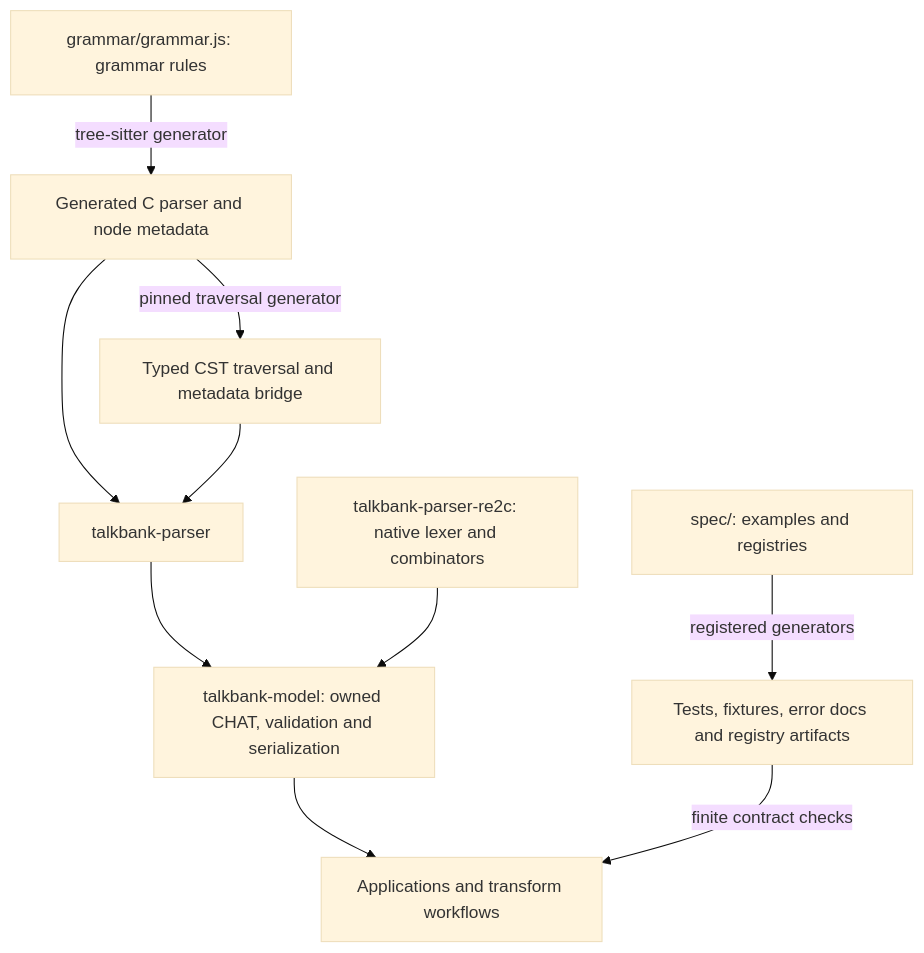
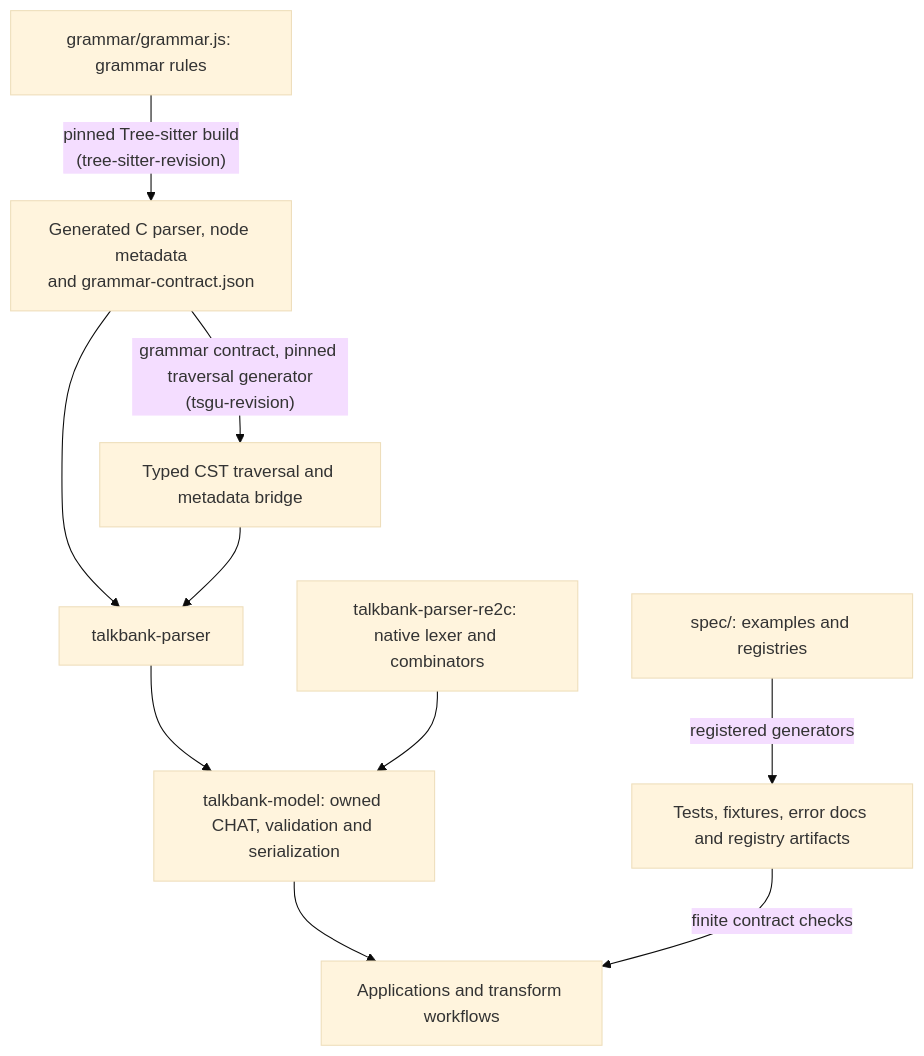
The first of 2 diagrams in book/src/architecture/overview.md (TalkBank/chatter), drawn with Mermaid (base theme) before and after one commit. The commit also changed other lines of this file and 275 other files, not shown here.

````diff
--- a/book/src/architecture/overview.md
+++ b/book/src/architecture/overview.md
@@ -20,12 +20,12 @@
 ```mermaid
 flowchart TD
     S["spec/: examples and registries"] -->|"registered generators"| A["Tests, fixtures, error docs and registry artifacts"]
-    G["grammar/grammar.js: grammar rules"] -->|"tree-sitter generator"| C["Generated C parser and node metadata"]
-    C -->|"pinned traversal generator"| T["Typed CST traversal and metadata bridge"]
+    G["grammar/grammar.js: grammar rules"] -->|"pinned Tree-sitter build\n(tree-sitter-revision)"| C["Generated C parser, node metadata\nand grammar-contract.json"]
+    C -->|"grammar contract, pinned traversal generator\n(tsgu-revision)"| T["Typed CST traversal and metadata bridge"]
     C --> P["talkbank-parser"]
     T --> P
     P --> M["talkbank-model: owned CHAT, validation and serialization"]
     R["talkbank-parser-re2c: native lexer and combinators"] --> M
     M --> W["Applications and transform workflows"]
     A -->|"finite contract checks"| W
 ```
````
